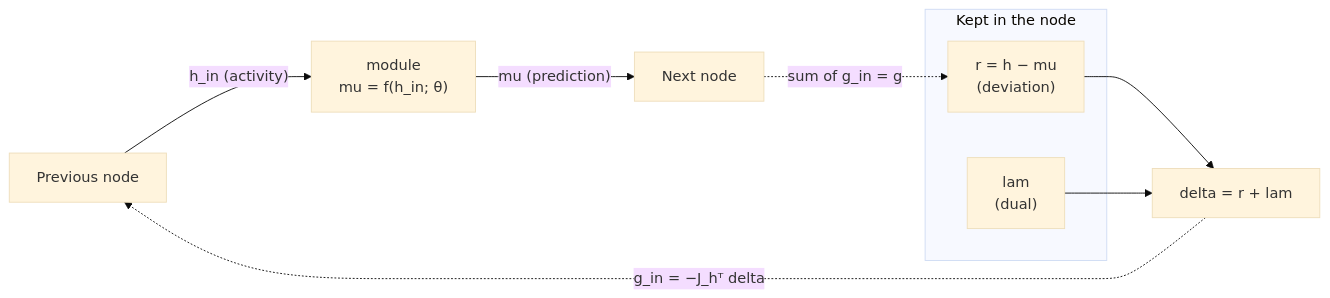
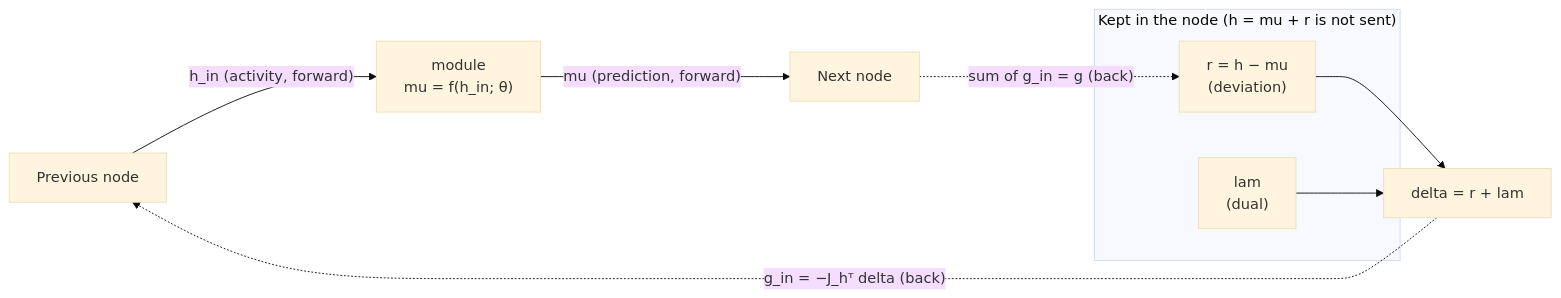
Before and after one commit to Geson-anko/mujou: the first of 4 diagrams in docs/en/topics/pc-concepts.md, drawn with Mermaid (base theme). The commit also changed other lines of this file and 49 other files, not shown here.

````diff
--- a/docs/en/topics/pc-concepts.md
+++ b/docs/en/topics/pc-concepts.md
@@ -36,13 +19,13 @@
 ```mermaid
 flowchart LR
-    PREV["Previous node"] -->|"h_in (activity)"| F["module<br/>mu = f(h_in; θ)"]
-    F -->|"mu (prediction)"| NEXT["Next node"]
-    subgraph HOLD["Kept in the node"]
+    PREV["Previous node"] -->|"h_in (activity, forward)"| F["module<br/>mu = f(h_in; θ)"]
+    F -->|"mu (prediction, forward)"| NEXT["Next node"]
+    subgraph HOLD["Kept in the node (h = mu + r is not sent)"]
         R["r = h − mu<br/>(deviation)"]
         LAM["lam<br/>(dual)"]
     end
-    NEXT -.->|"sum of g_in = g"| R
+    NEXT -.->|"sum of g_in = g (back)"| R
     R --> D["delta = r + lam"]
     LAM --> D
-    D -.->|"g_in = −J_hᵀ delta"| PREV
+    D -.->|"g_in = −J_hᵀ delta (back)"| PREV
 ```
````
